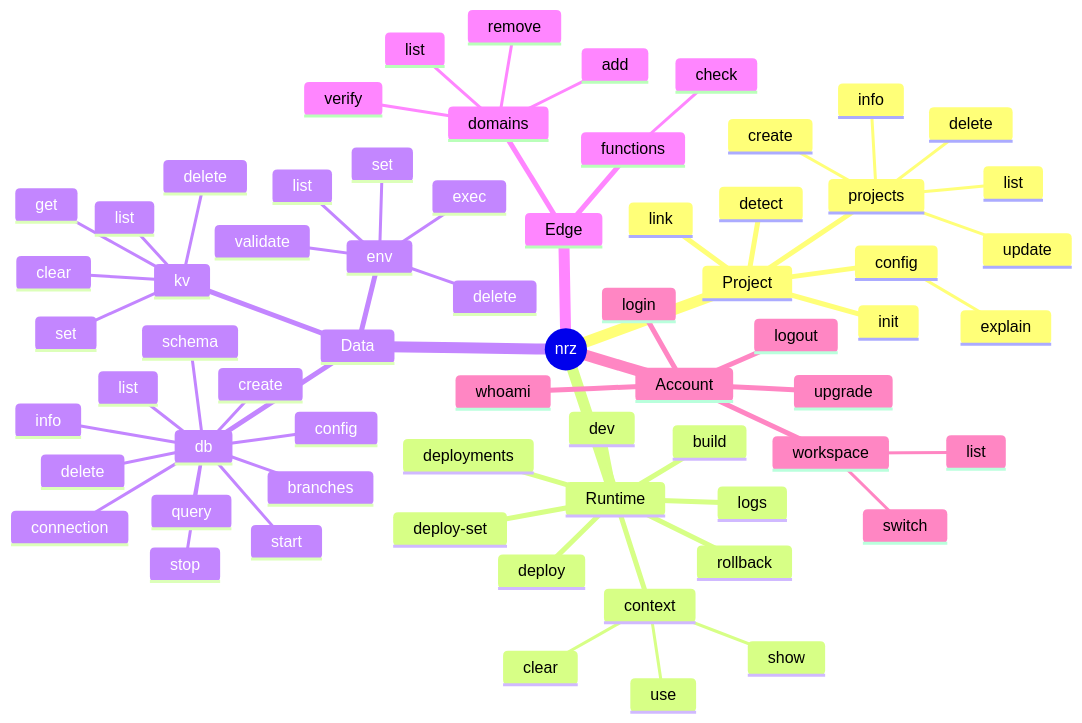
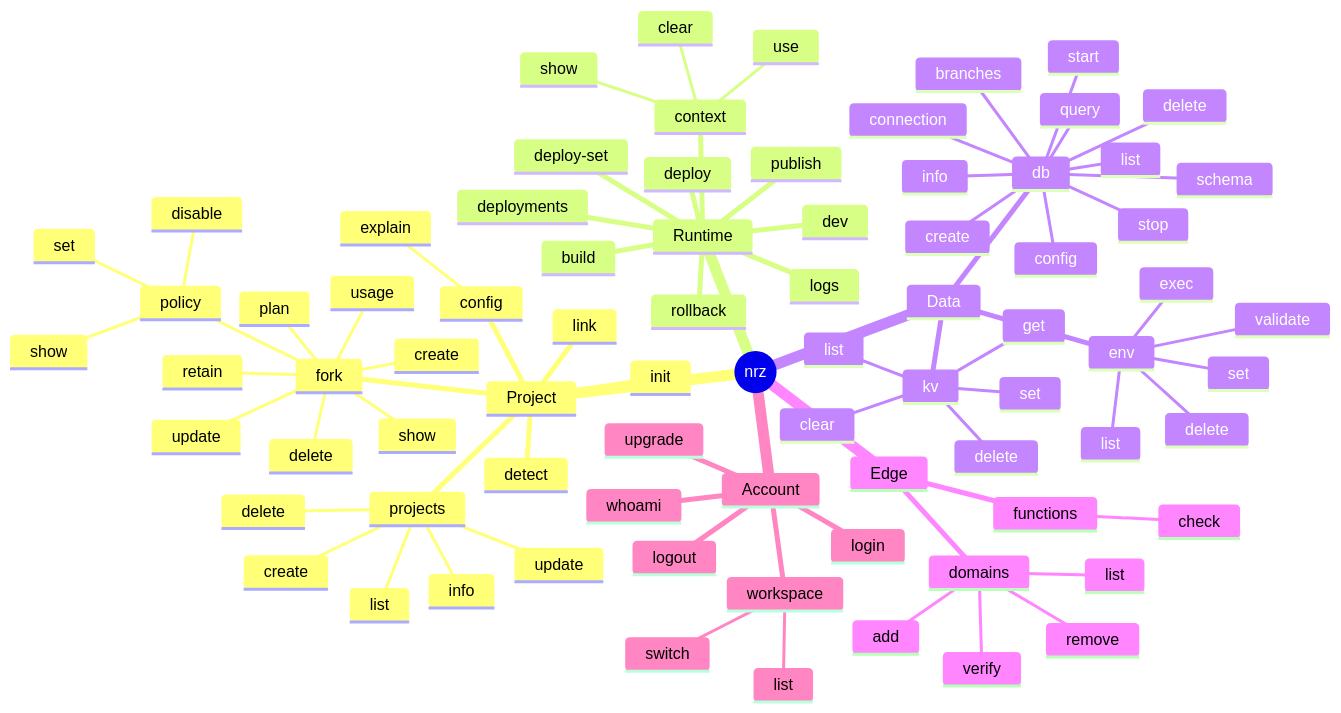
One commit to ONREZA/nrz-cli changed the diagram in docs/nrz-cli-command-inventory.md. Above: the diagram before and after it, drawn with Mermaid. The commit also changed other lines of this file and 39 other files, not shown here.

````diff
--- a/docs/nrz-cli-command-inventory.md
+++ b/docs/nrz-cli-command-inventory.md
@@ -18,69 +18,82 @@
 ```mermaid
 mindmap
   root((nrz))
     Project
       init
       link
       projects
         list
         create
         info
         update
         delete
+      fork
+        plan
+        create
+        show
+        update
+        retain
+        delete
+        usage
+        policy
+          show
+          set
+          disable
       config
         explain
       detect
     Runtime
       dev
       build
       deploy
       deploy-set
+      publish
       context
         show
         use
         clear
       deployments
       logs
       rollback
     Data
       db
         list
         create
         info
         delete
         start
         stop
         connection
         query
         branches
         config
         schema
       kv
         get
         set
         delete
         list
         clear
       env
         list
         set
         delete
         validate
         exec
     Edge
       domains
         list
         add
         remove
         verify
       functions
         check
     Account
       login
       whoami
       logout
       workspace
         list
         switch
       upgrade
 ```
````
